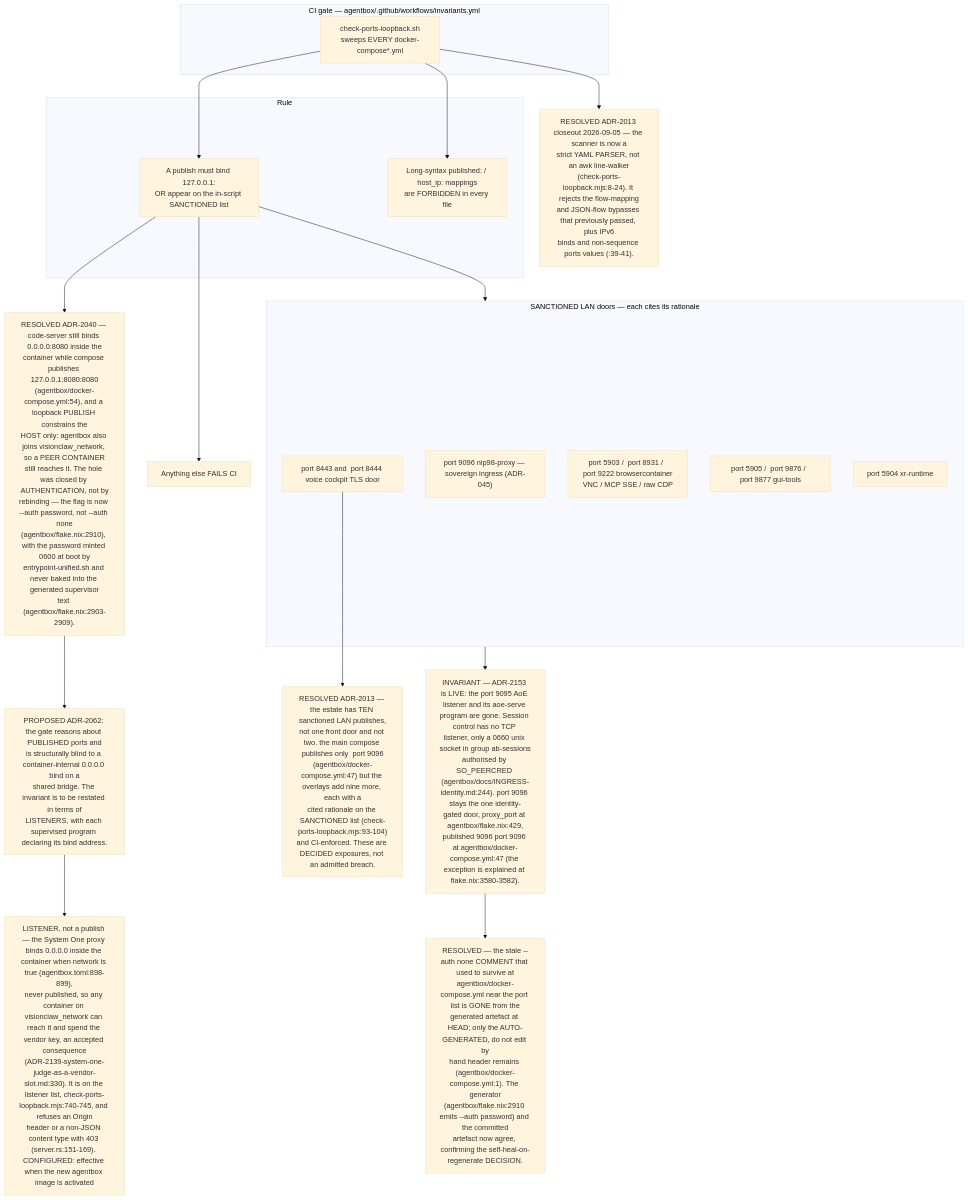
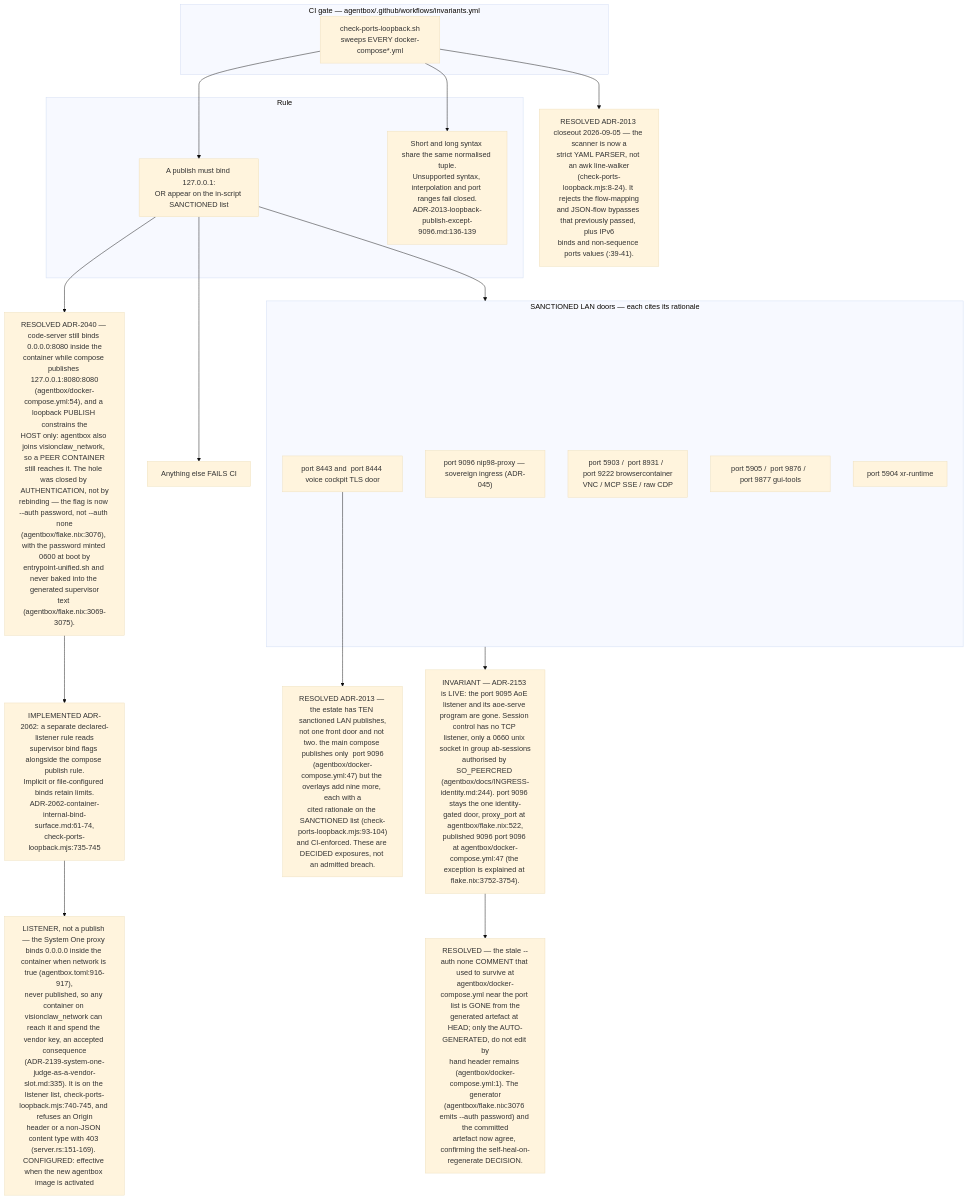
One commit to DreamLab-AI/VisionFlow changed the eighth of 11 diagrams in docs/diagrams/estate/10-deployment-and-security-profiles.md. Above: the diagram before and after it, drawn with Mermaid (base theme). The commit also changed other lines of this file and 5 other files, not shown here.

````diff
--- a/docs/diagrams/estate/10-deployment-and-security-profiles.md
+++ b/docs/diagrams/estate/10-deployment-and-security-profiles.md
@@ -330,38 +331,38 @@
 ```mermaid
 flowchart TB
     subgraph ci["CI gate — agentbox/.github/workflows/invariants.yml"]
         SC["check-ports-loopback.sh<br/>sweeps EVERY docker-compose*.yml"]
     end
     subgraph rule["Rule"]
         R1["A publish must bind 127.0.0.1:<br/>OR appear on the in-script SANCTIONED list"]
-        R2["Long-syntax published: / host_ip: mappings<br/>are FORBIDDEN in every file"]
+        R2["Short and long syntax share the same normalised tuple.<br/>Unsupported syntax, interpolation and port ranges fail closed.<br/>ADR-2013-loopback-publish-except-9096.md:136-139"]
     end
     subgraph sanctioned["SANCTIONED LAN doors — each cites its rationale"]
         P1[" port 9096 nip98-proxy — sovereign ingress (ADR-045)"]
         P2[" port 8443 and  port 8444 voice cockpit TLS door"]
         P3[" port 5903 /  port 8931 /  port 9222 browsercontainer<br/>VNC / MCP SSE / raw CDP"]
         P4[" port 5905 /  port 9876 /  port 9877 gui-tools"]
         P5[" port 5904 xr-runtime"]
     end
     FAIL["Anything else FAILS CI"]
-    INV["INVARIANT — ADR-2153 is LIVE: the port 9095 AoE listener and its aoe-serve program are gone. Session control has no TCP listener, only a 0660 unix socket in group ab-sessions<br/>authorised by SO_PEERCRED (agentbox/docs/INGRESS-identity.md:244). port 9096 stays the one identity-gated door, proxy_port at agentbox/flake.nix:429,<br/>published 9096 port 9096 at agentbox/docker-compose.yml:47 (the exception is explained at flake.nix:3580-3582)."]
+    INV["INVARIANT — ADR-2153 is LIVE: the port 9095 AoE listener and its aoe-serve program are gone. Session control has no TCP listener, only a 0660 unix socket in group ab-sessions<br/>authorised by SO_PEERCRED (agentbox/docs/INGRESS-identity.md:244). port 9096 stays the one identity-gated door, proxy_port at agentbox/flake.nix:522,<br/>published 9096 port 9096 at agentbox/docker-compose.yml:47 (the exception is explained at flake.nix:3752-3754)."]
     D1["RESOLVED ADR-2013 — the estate has TEN sanctioned LAN publishes,<br/>not one front door and not two. the main compose publishes only  port 9096<br/>(agentbox/docker-compose.yml:47) but the overlays add nine more, each with a<br/>cited rationale on the SANCTIONED list (check-ports-loopback.mjs:93-104)<br/>and CI-enforced. These are DECIDED exposures, not an admitted breach."]
     D2["RESOLVED ADR-2013 closeout 2026-09-05 — the scanner is now a<br/>strict YAML PARSER, not an awk line-walker<br/>(check-ports-loopback.mjs:8-24). It rejects the flow-mapping<br/>and JSON-flow bypasses that previously passed, plus IPv6<br/>binds and non-sequence ports values (:39-41)."]
-    D3["RESOLVED ADR-2040 — code-server still binds 0.0.0.0:8080 inside the<br/>container while compose publishes 127.0.0.1:8080:8080<br/>(agentbox/docker-compose.yml:54), and a loopback PUBLISH constrains the<br/>HOST only: agentbox also joins visionclaw_network, so a PEER CONTAINER<br/>still reaches it. The hole was closed by AUTHENTICATION, not by<br/>rebinding — the flag is now --auth password, not --auth none<br/>(agentbox/flake.nix:2910), with the password minted 0600 at boot by<br/>entrypoint-unified.sh and never baked into the generated supervisor<br/>text (agentbox/flake.nix:2903-2909)."]
-    D5["PROPOSED ADR-2062: the gate reasons about PUBLISHED ports and<br/>is structurally blind to a container-internal 0.0.0.0 bind on a<br/>shared bridge. The invariant is to be restated in terms of<br/>LISTENERS, with each supervised program declaring its bind address."]
-    D4["RESOLVED — the stale --auth none COMMENT that used to survive at<br/>agentbox/docker-compose.yml near the port list is GONE from the<br/>generated artefact at HEAD; only the AUTO-GENERATED, do not edit by<br/>hand header remains (agentbox/docker-compose.yml:1). The generator<br/>(agentbox/flake.nix:2910 emits --auth password) and the committed<br/>artefact now agree, confirming the self-heal-on-regenerate DECISION."]
+    D3["RESOLVED ADR-2040 — code-server still binds 0.0.0.0:8080 inside the<br/>container while compose publishes 127.0.0.1:8080:8080<br/>(agentbox/docker-compose.yml:54), and a loopback PUBLISH constrains the<br/>HOST only: agentbox also joins visionclaw_network, so a PEER CONTAINER<br/>still reaches it. The hole was closed by AUTHENTICATION, not by<br/>rebinding — the flag is now --auth password, not --auth none<br/>(agentbox/flake.nix:3076), with the password minted 0600 at boot by<br/>entrypoint-unified.sh and never baked into the generated supervisor<br/>text (agentbox/flake.nix:3069-3075)."]
+    D5["IMPLEMENTED ADR-2062: a separate declared-listener rule reads<br/>supervisor bind flags alongside the compose publish rule.<br/>Implicit or file-configured binds retain limits.<br/>ADR-2062-container-internal-bind-surface.md:61-74,<br/>check-ports-loopback.mjs:735-745"]
+    D4["RESOLVED — the stale --auth none COMMENT that used to survive at<br/>agentbox/docker-compose.yml near the port list is GONE from the<br/>generated artefact at HEAD; only the AUTO-GENERATED, do not edit by<br/>hand header remains (agentbox/docker-compose.yml:1). The generator<br/>(agentbox/flake.nix:3076 emits --auth password) and the committed<br/>artefact now agree, confirming the self-heal-on-regenerate DECISION."]
 
-    D6["LISTENER, not a publish — the System One proxy binds 0.0.0.0 inside the container when network is true (agentbox.toml:898-899),<br/>never published, so any container on visionclaw_network can reach it and spend the vendor key, an accepted consequence<br/>(ADR-2139-system-one-judge-as-a-vendor-slot.md:330). It is on the listener list, check-ports-loopback.mjs:740-745, and refuses an Origin<br/>header or a non-JSON content type with 403 (server.rs:151-169). CONFIGURED: effective when the new agentbox image is activated"]
+    D6["LISTENER, not a publish — the System One proxy binds 0.0.0.0 inside the container when network is true (agentbox.toml:916-917),<br/>never published, so any container on visionclaw_network can reach it and spend the vendor key, an accepted consequence<br/>(ADR-2139-system-one-judge-as-a-vendor-slot.md:335). It is on the listener list, check-ports-loopback.mjs:740-745, and refuses an Origin<br/>header or a non-JSON content type with 403 (server.rs:151-169). CONFIGURED: effective when the new agentbox image is activated"]
 
     SC --> R1
     SC --> R2
     R1 --> sanctioned
     R1 --> FAIL
     sanctioned --> INV
     P2 --> D1
     SC --> D2
     R1 --> D3
     INV --> D4
     D3 --> D5
     D5 --> D6
 ```
````
